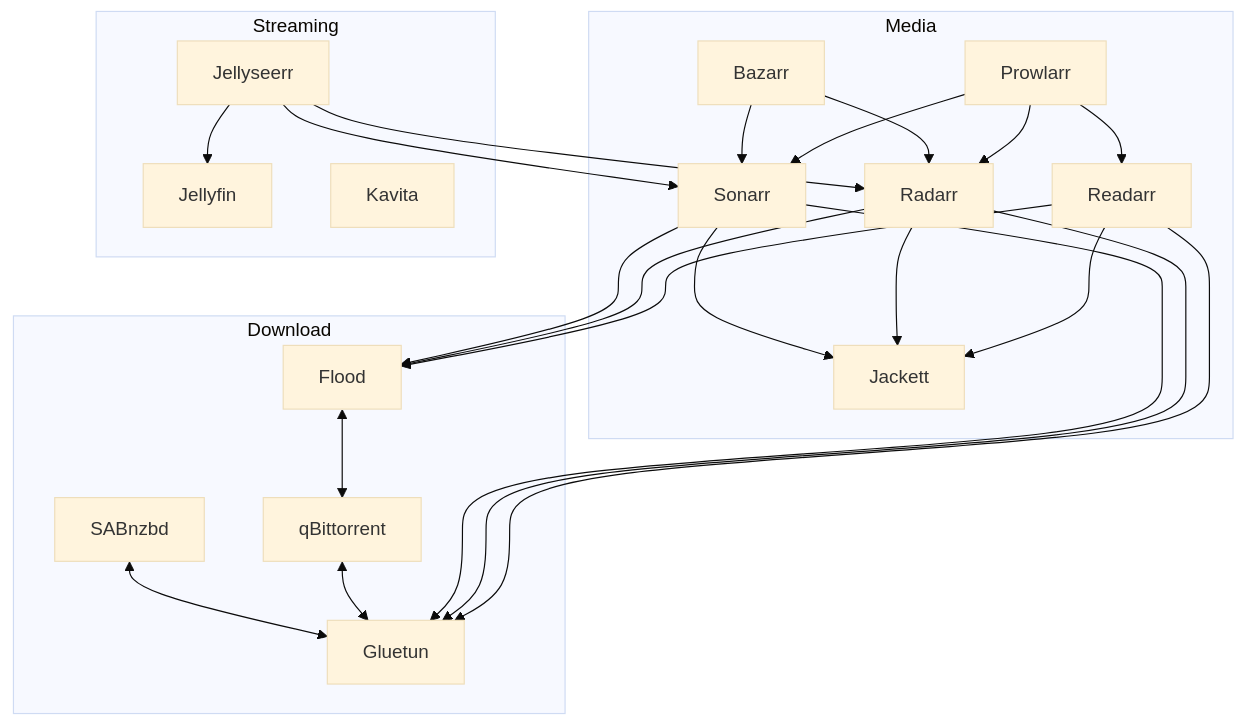
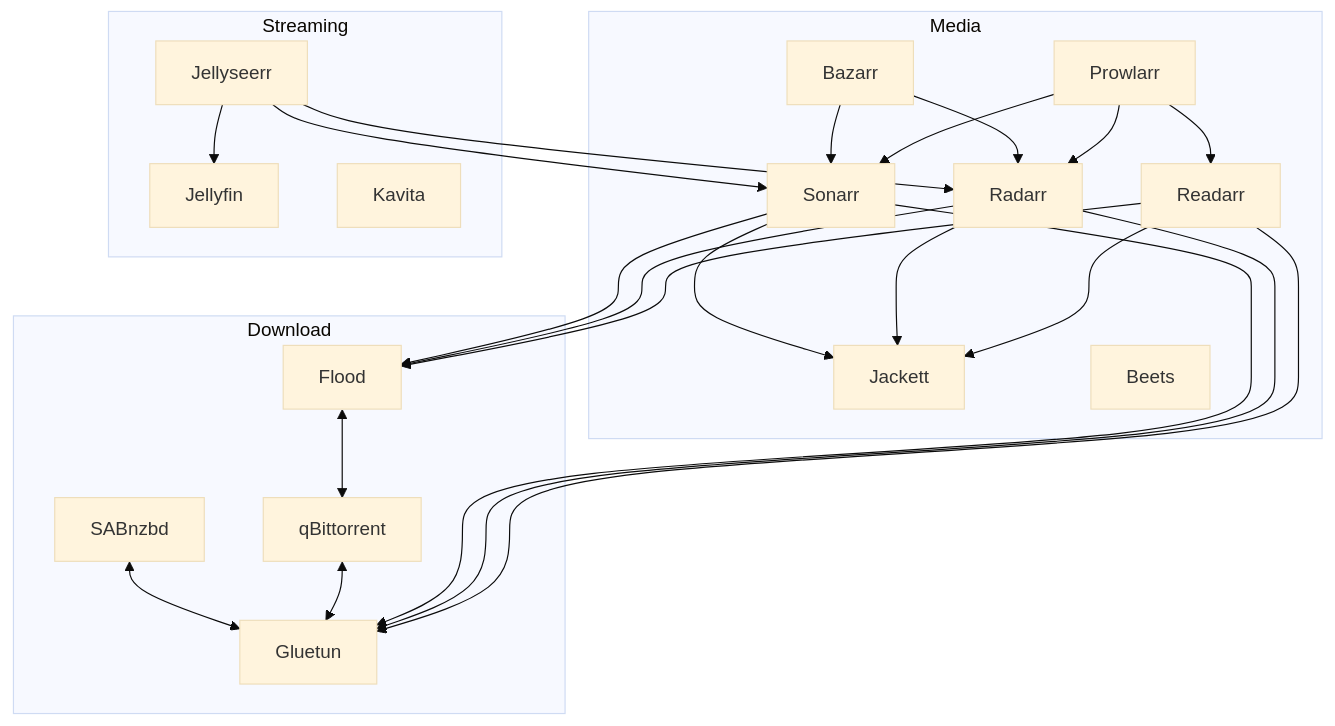
One commit to TheGameProfi/HatSetup changed the diagram in readme.md. Above: the diagram before and after it, drawn with Mermaid (base theme). The commit also changed other lines of this file and 1 other file, not shown here.

Commit message:
add Beets

````diff
--- a/readme.md
+++ b/readme.md
@@ -27,20 +28,21 @@
 ```mermaid
 flowchart
     subgraph Download
     Gluetun
     SABnzbd & qBittorrent <--> Gluetun
     Flood <--> qBittorrent
     end
 
     subgraph Media
     Sonarr & Radarr & Readarr --> Gluetun & Flood & Jackett
     Bazarr --> Sonarr & Radarr
     Prowlarr --> Sonarr & Radarr & Readarr
+    Beets
     end
 
     subgraph Streaming
     Jellyfin
     Jellyseerr --> Jellyfin & Sonarr & Radarr
     Kavita
     end
 ```
````
